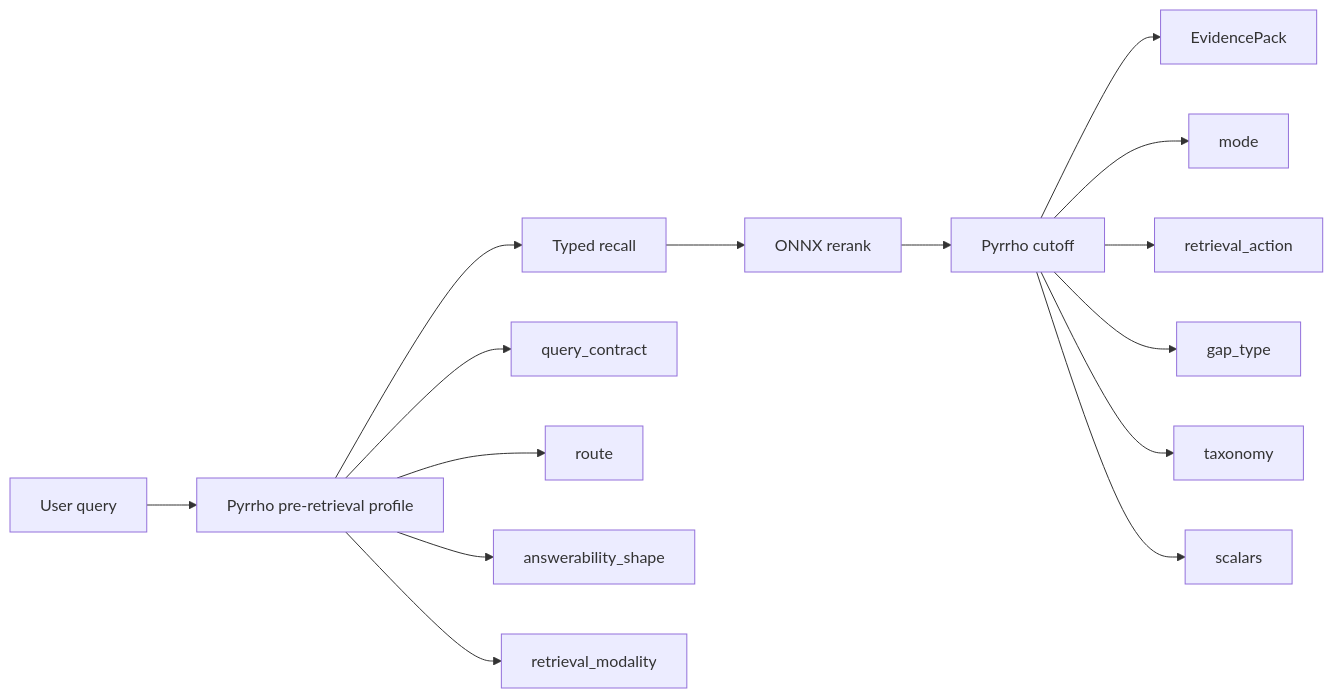
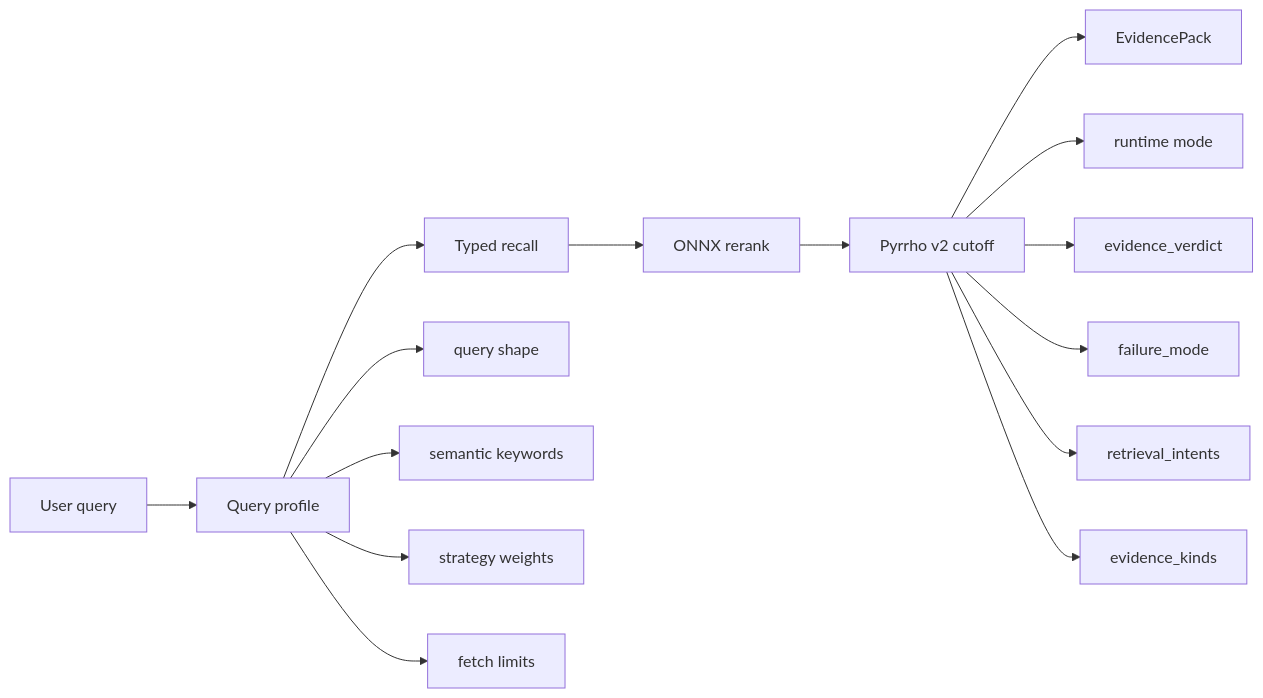
One commit to yafitzdev/fitz changed the diagram in docs/features/retrieval/evidence-signals.md. Above: the diagram before and after it, drawn with Mermaid. The commit also changed other lines of this file and 23 other files, not shown here.

````diff
--- a/docs/features/retrieval/evidence-signals.md
+++ b/docs/features/retrieval/evidence-signals.md
@@ -18,19 +19,19 @@
 ```mermaid
 flowchart LR
-    Q["User query"] --> P["Pyrrho pre-retrieval profile"]
+    Q["User query"] --> P["Query profile"]
     P --> R["Typed recall"]
     R --> K["ONNX rerank"]
-    K --> C["Pyrrho cutoff"]
+    K --> C["Pyrrho v2 cutoff"]
     C --> E["EvidencePack"]
 
-    P --> P1["query_contract"]
-    P --> P2["route"]
-    P --> P3["answerability_shape"]
-    P --> P4["retrieval_modality"]
+    P --> P1["query shape"]
+    P --> P2["semantic keywords"]
+    P --> P3["strategy weights"]
+    P --> P4["fetch limits"]
 
-    C --> C1["mode"]
-    C --> C2["retrieval_action"]
-    C --> C3["gap_type"]
-    C --> C4["taxonomy"]
-    C --> C5["scalars"]
+    C --> C1["runtime mode"]
+    C --> C2["evidence_verdict"]
+    C --> C3["failure_mode"]
+    C --> C4["retrieval_intents"]
+    C --> C5["evidence_kinds"]
 ```
````
